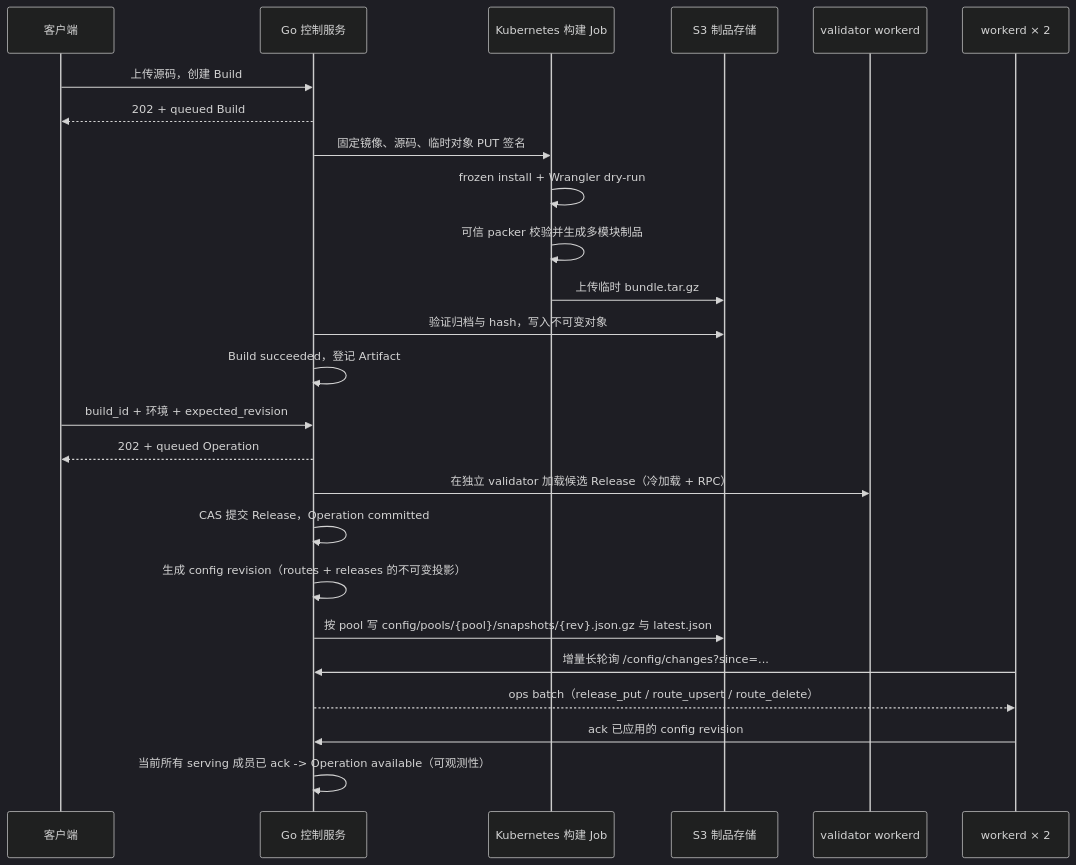
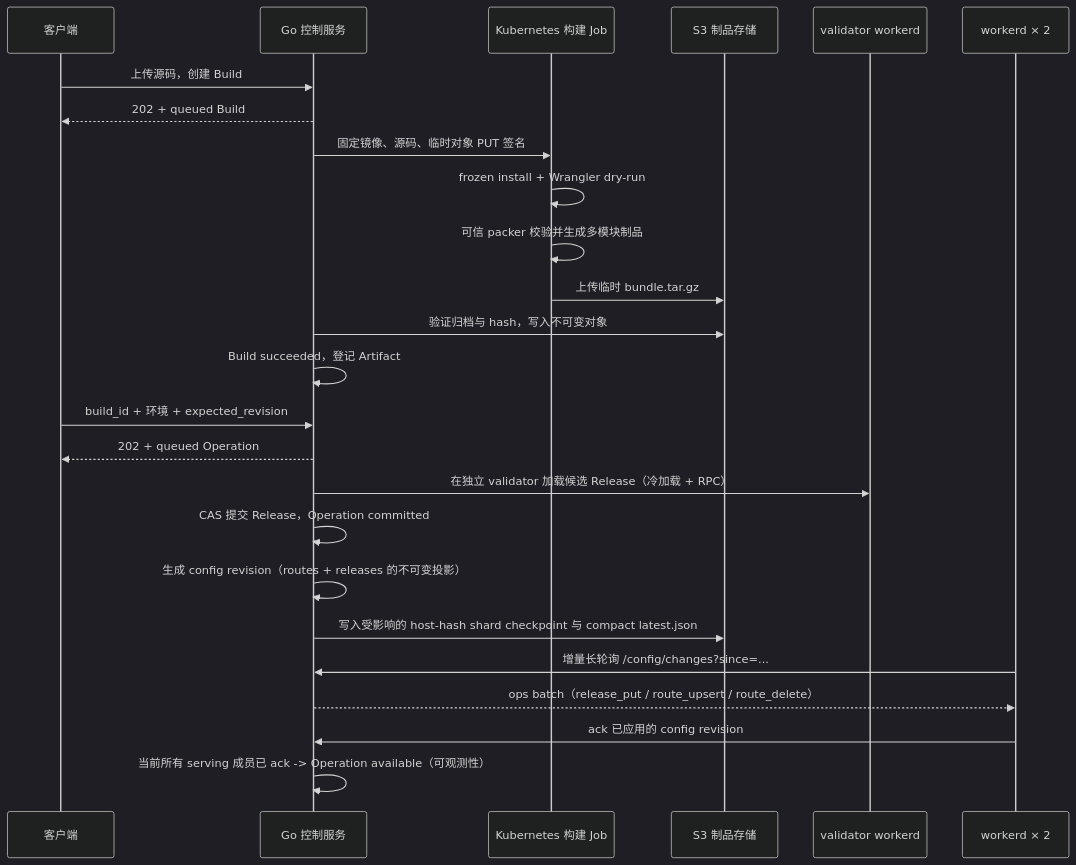
Before and after one commit to krun-dev/krun: the diagram in docs/workers-backend.md, drawn with Mermaid (dark theme). The commit also changed other lines of this file and 59 other files, not shown here.

Commit message:
refactor: establish current schema and runtime baseline

````diff
--- a/docs/workers-backend.md
+++ b/docs/workers-backend.md
@@ -14,27 +14,27 @@
 ```mermaid
 sequenceDiagram
     participant C as 客户端
     participant A as Go 控制服务
     participant J as Kubernetes 构建 Job
     participant S as S3 制品存储
     participant V as validator workerd
     participant W as workerd × 2
     C->>A: 上传源码，创建 Build
     A-->>C: 202 + queued Build
     A->>J: 固定镜像、源码、临时对象 PUT 签名
     J->>J: frozen install + Wrangler dry-run
     J->>J: 可信 packer 校验并生成多模块制品
     J->>S: 上传临时 bundle.tar.gz
     A->>S: 验证归档与 hash，写入不可变对象
     A->>A: Build succeeded，登记 Artifact
     C->>A: build_id + 环境 + expected_revision
     A-->>C: 202 + queued Operation
     A->>V: 在独立 validator 加载候选 Release（冷加载 + RPC）
     A->>A: CAS 提交 Release，Operation committed
     A->>A: 生成 config revision（routes + releases 的不可变投影）
-    A->>S: 按 pool 写 config/pools/{pool}/snapshots/{rev}.json.gz 与 latest.json
+    A->>S: 写入受影响的 host-hash shard checkpoint 与 compact latest.json
     W->>A: 增量长轮询 /config/changes?since=...
     A-->>W: ops batch（release_put / route_upsert / route_delete）
     W->>A: ack 已应用的 config revision
     A->>A: 当前所有 serving 成员已 ack -> Operation available（可观测性）
 ```
````
